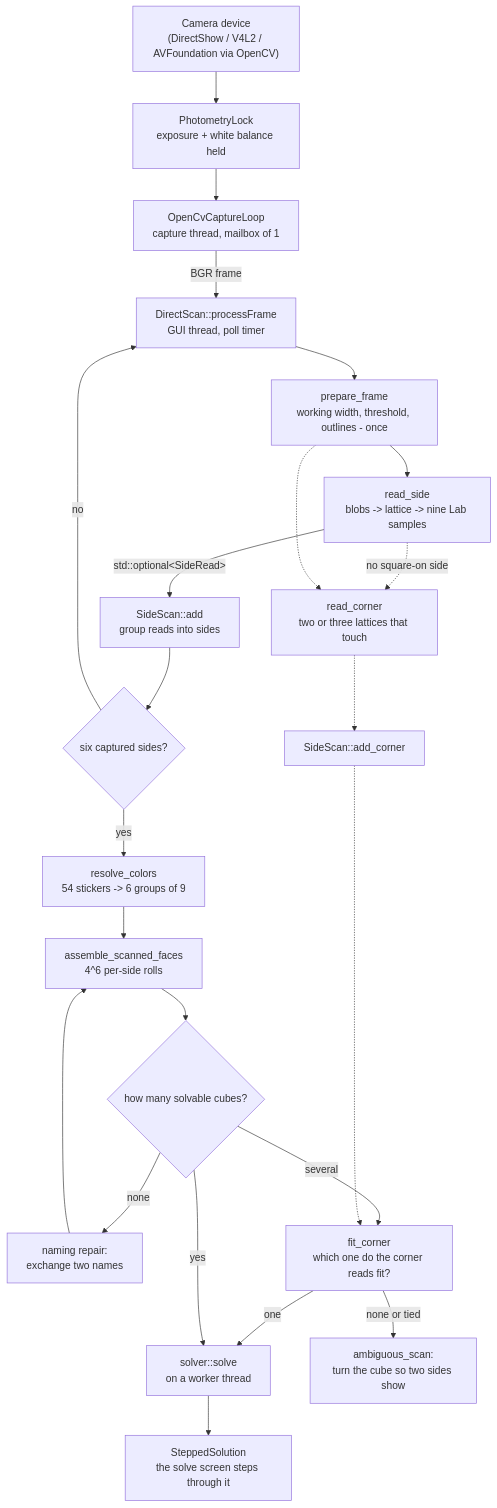
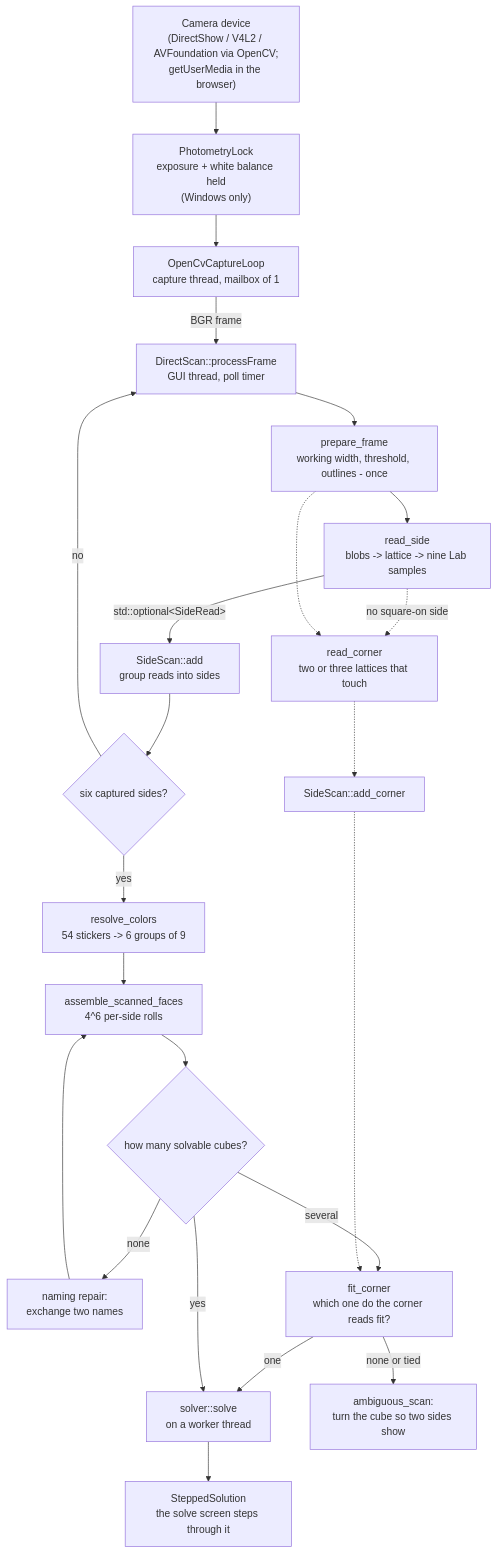
Before and after one commit to iainchesworth/cubeulator: the diagram in docs/vision-pipeline.md, drawn with Mermaid. The commit also changed other lines of this file and 49 other files, not shown here.

````diff
--- a/docs/vision-pipeline.md
+++ b/docs/vision-pipeline.md
@@ -18,25 +19,25 @@
 ```mermaid
 flowchart TD
-    CAM["Camera device<br/>(DirectShow / V4L2 / AVFoundation via OpenCV)"] --> LOCK["PhotometryLock<br/>exposure + white balance held"]
+    CAM["Camera device<br/>(DirectShow / V4L2 / AVFoundation via OpenCV;<br/>getUserMedia in the browser)"] --> LOCK["PhotometryLock<br/>exposure + white balance held<br/>(Windows only)"]
     LOCK --> LOOP["OpenCvCaptureLoop<br/>capture thread, mailbox of 1"]
     LOOP -->|BGR frame| CTRL["DirectScan::processFrame<br/>GUI thread, poll timer"]
     CTRL --> PREP["prepare_frame<br/>working width, threshold, outlines - once"]
     PREP --> READ["read_side<br/>blobs -> lattice -> nine Lab samples"]
     READ -->|"std::optional&lt;SideRead&gt;"| SCAN["SideScan::add<br/>group reads into sides"]
     READ -.->|"no square-on side"| CORNER["read_corner<br/>two or three lattices that touch"]
     PREP -.-> CORNER
     CORNER -.-> SCAN2["SideScan::add_corner"]
     SCAN --> SIX{"six captured sides?"}
     SIX -->|no| CTRL
     SIX -->|yes| NAME["resolve_colors<br/>54 stickers -> 6 groups of 9"]
     NAME --> ASM["assemble_scanned_faces<br/>4^6 per-side rolls"]
     ASM --> VALID{"how many solvable cubes?"}
     VALID -->|none| REPAIR["naming repair:<br/>exchange two names"]
     REPAIR --> ASM
     VALID -->|several| TIE["fit_corner<br/>which one do the corner reads fit?"]
     SCAN2 -.-> TIE
     TIE -->|one| SOLVE
     TIE -->|none or tied| AMBIG["ambiguous_scan:<br/>turn the cube so two sides show"]
     VALID -->|yes| SOLVE["solver::solve<br/>on a worker thread"]
     SOLVE --> STEP["SteppedSolution<br/>the solve screen steps through it"]
 ```
````
